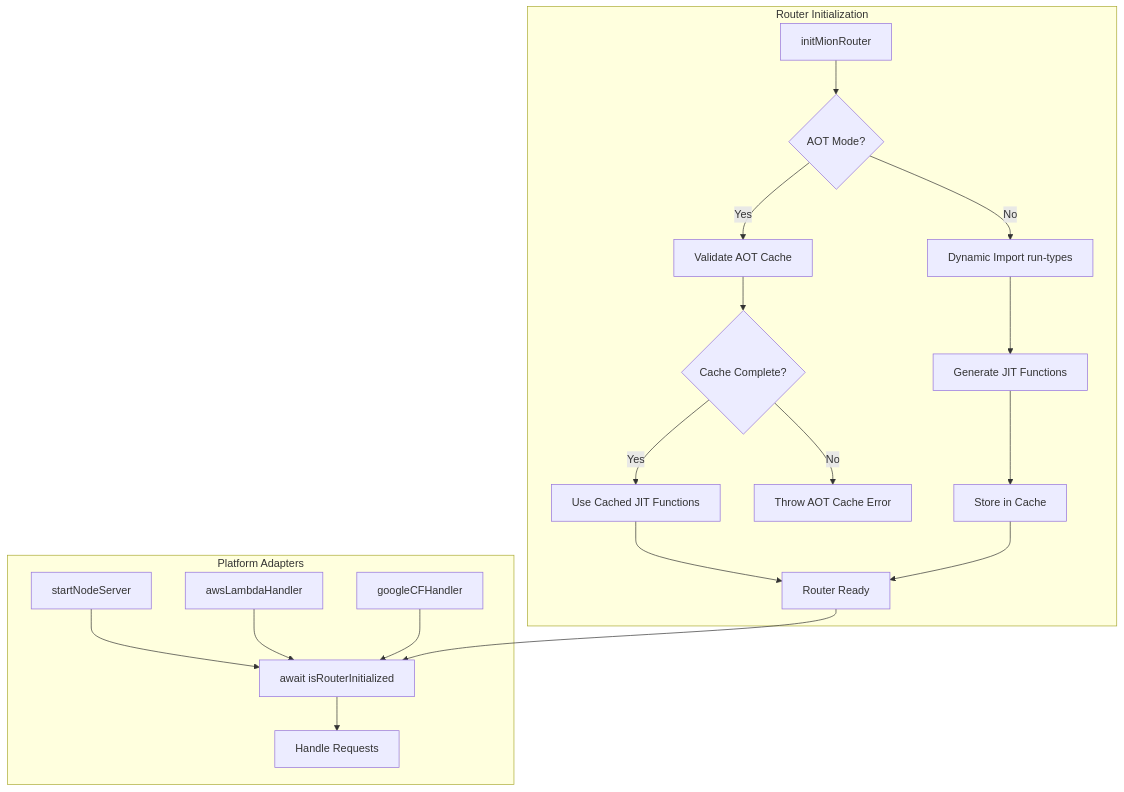
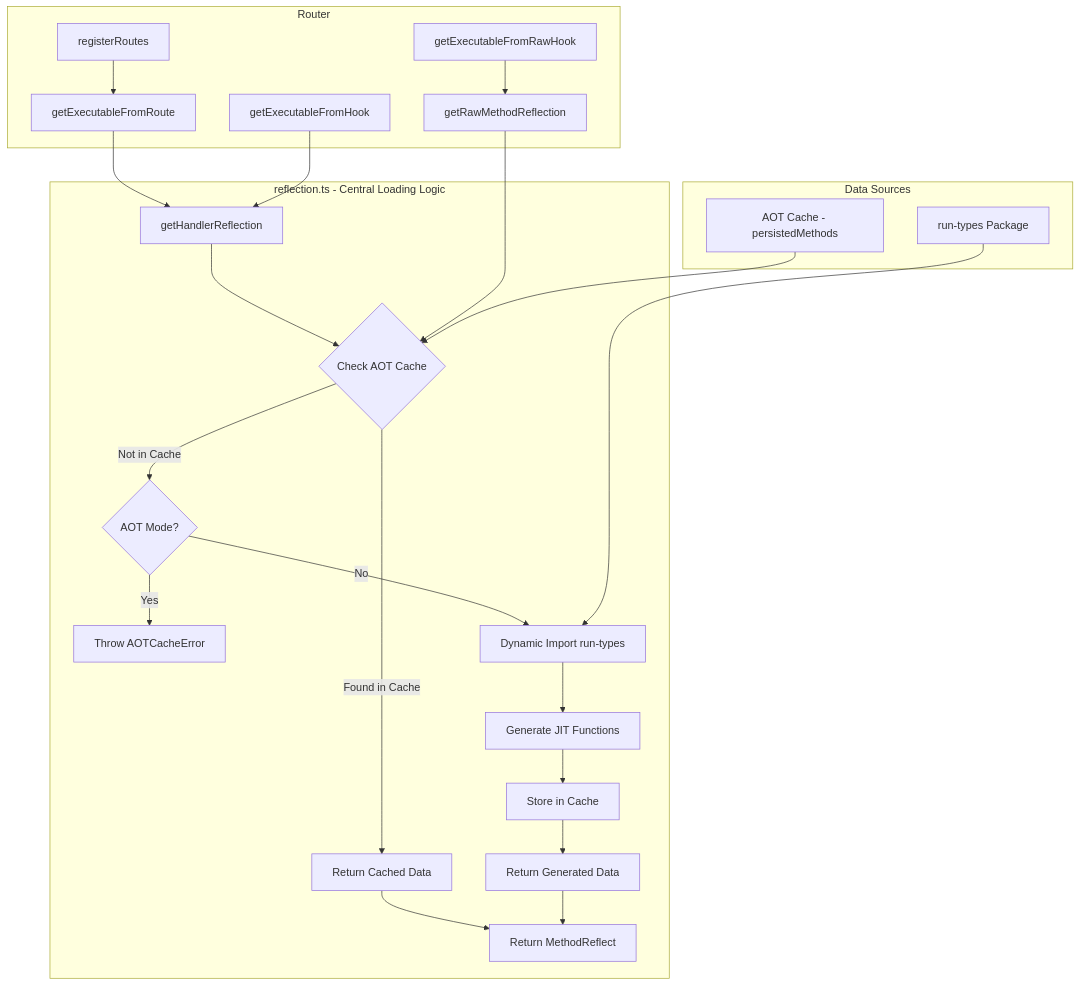
The diagram in plans/aot-lazy-loading-spec.md (MionKit/mion), drawn with Mermaid before and after one commit. The commit also changed other lines of this file, not shown here.

Commit message:
update aot spec.

````diff
--- a/plans/aot-lazy-loading-spec.md
+++ b/plans/aot-lazy-loading-spec.md
@@ -25,24 +26,28 @@
 ```mermaid
 flowchart TD
-    subgraph Router Initialization
-        A[initMionRouter] --> B{AOT Mode?}
-        B -->|Yes| C[Validate AOT Cache]
-        B -->|No| D[Dynamic Import run-types]
-        C --> E{Cache Complete?}
-        E -->|Yes| F[Use Cached JIT Functions]
-        E -->|No| G[Throw AOT Cache Error]
-        D --> H[Generate JIT Functions]
-        H --> I[Store in Cache]
-        F --> J[Router Ready]
+    subgraph reflection.ts - Central Loading Logic
+        A[getHandlerReflection] --> B{Check AOT Cache}
+        B -->|Found in Cache| C[Return Cached Data]
+        B -->|Not in Cache| D{AOT Mode?}
+        D -->|Yes| E[Throw AOTCacheError]
+        D -->|No| F[Dynamic Import run-types]
+        F --> G[Generate JIT Functions]
+        G --> H[Store in Cache]
+        H --> I[Return Generated Data]
+        C --> J[Return MethodReflect]
         I --> J
     end
 
-    subgraph Platform Adapters
-        K[startNodeServer] --> L[await isRouterInitialized]
-        M[awsLambdaHandler] --> L
-        N[googleCFHandler] --> L
-        L --> O[Handle Requests]
+    subgraph Router
+        K[registerRoutes] --> L[getExecutableFromRoute]
+        L --> A
+        M[getExecutableFromHook] --> A
+        N[getExecutableFromRawHook] --> O[getRawMethodReflection]
+        O --> B
     end
 
-    J --> L
+    subgraph Data Sources
+        P[AOT Cache - persistedMethods] --> B
+        Q[run-types Package] --> F
+    end
 ```
````
